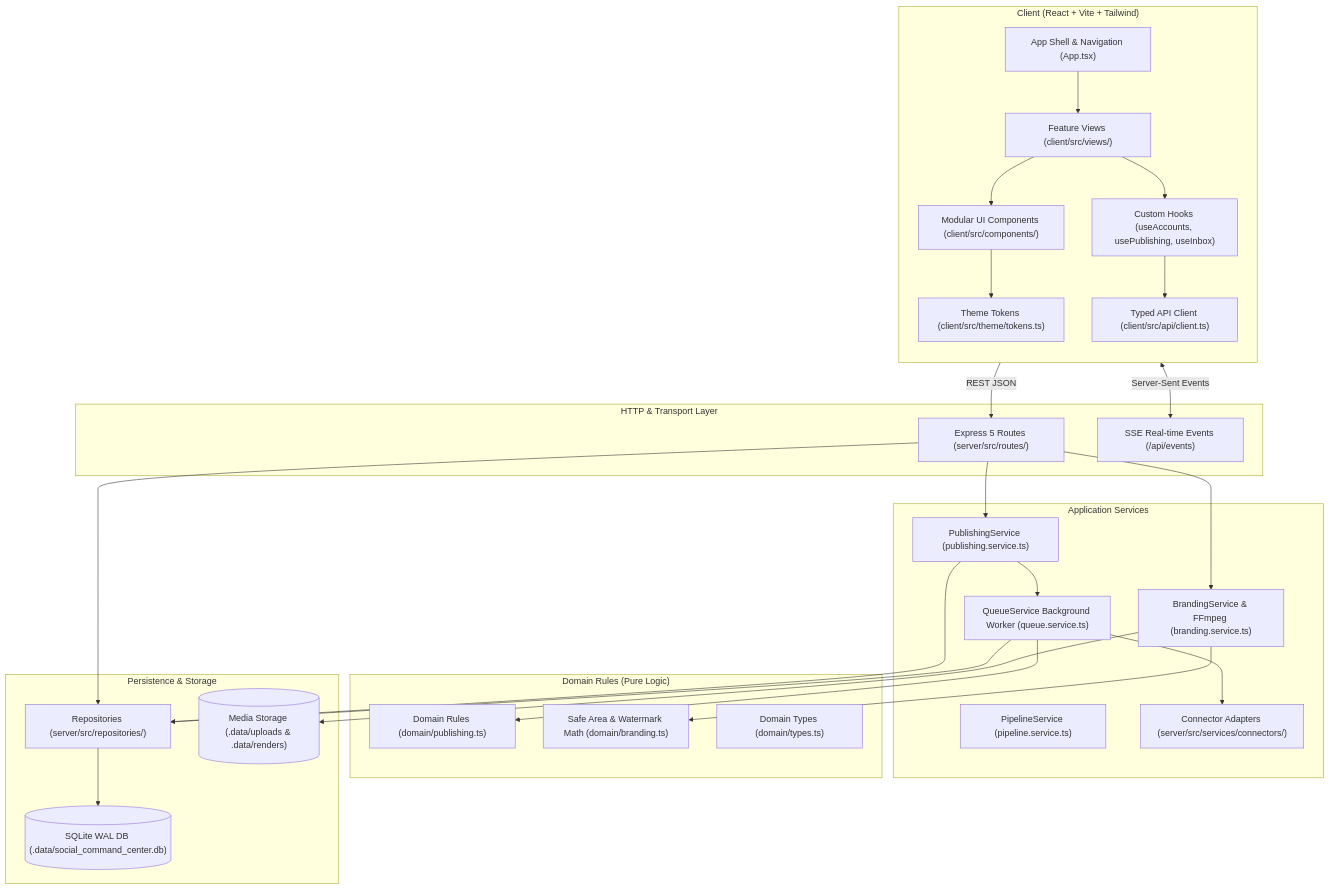
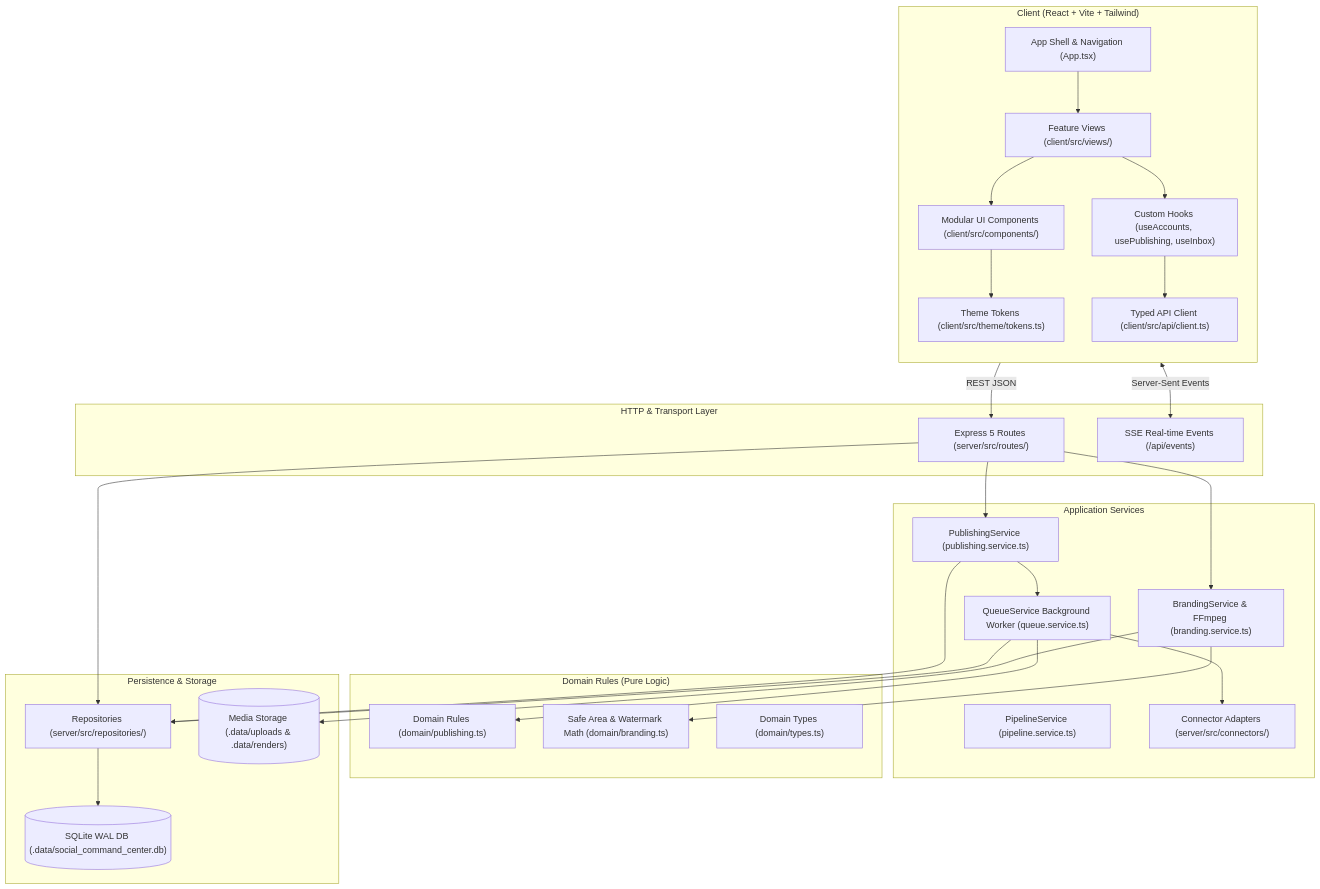
The first of 2 diagrams in docs/PROJECT_MAP.md (Mamduh5/social-account-managemnet), drawn with Mermaid before and after one commit. The commit also changed other lines of this file and 60 other files, not shown here.

````diff
--- a/docs/PROJECT_MAP.md
+++ b/docs/PROJECT_MAP.md
@@ -9,57 +9,57 @@
 ```mermaid
 flowchart TD
     subgraph UI ["Client (React + Vite + Tailwind)"]
         direction TB
         AppShell["App Shell & Navigation (App.tsx)"]
         Views["Feature Views (client/src/views/)"]
         Components["Modular UI Components (client/src/components/)"]
         Hooks["Custom Hooks (useAccounts, usePublishing, useInbox)"]
         Tokens["Theme Tokens (client/src/theme/tokens.ts)"]
         ApiClient["Typed API Client (client/src/api/client.ts)"]
         
         AppShell --> Views
         Views --> Components
         Views --> Hooks
         Components --> Tokens
         Hooks --> ApiClient
     end
 
     subgraph HTTP ["HTTP & Transport Layer"]
         Routes["Express 5 Routes (server/src/routes/)"]
         SSE["SSE Real-time Events (/api/events)"]
     end
 
     subgraph ServiceLayer ["Application Services"]
         PublishingService["PublishingService (publishing.service.ts)"]
         QueueWorker["QueueService Background Worker (queue.service.ts)"]
         BrandingService["BrandingService & FFmpeg (branding.service.ts)"]
         PipelineService["PipelineService (pipeline.service.ts)"]
-        Connectors["Connector Adapters (server/src/services/connectors/)"]
+        Connectors["Connector Adapters (server/src/connectors/)"]
     end
 
     subgraph DomainLayer ["Domain Rules (Pure Logic)"]
         PublishingDomain["Domain Rules (domain/publishing.ts)"]
         BrandingDomain["Safe Area & Watermark Math (domain/branding.ts)"]
         DomainTypes["Domain Types (domain/types.ts)"]
     end
 
     subgraph DataAccess ["Persistence & Storage"]
         Repos["Repositories (server/src/repositories/)"]
         SQLite[("SQLite WAL DB (.data/social_command_center.db)")]
         MediaStorage[("Media Storage (.data/uploads & .data/renders)")]
     end
 
     ApiClient -->|REST JSON| Routes
     ApiClient <-->|Server-Sent Events| SSE
     Routes --> Repos
     Routes --> PublishingService
     Routes --> BrandingService
     PublishingService --> Repos
     PublishingService --> QueueWorker
     QueueWorker --> Repos
     QueueWorker --> PublishingDomain
     QueueWorker --> Connectors
     BrandingService --> BrandingDomain
     BrandingService --> MediaStorage
     Repos --> SQLite
 ```
````
